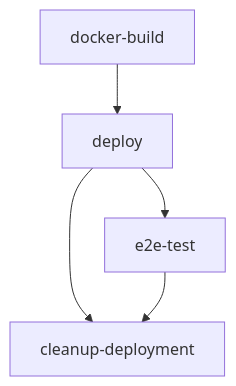
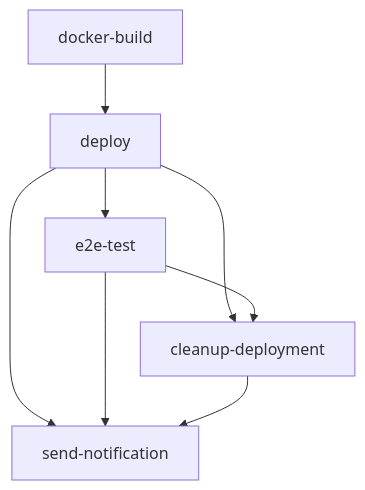
One commit to Vamshi-Microsoft/document-generation-solution-accelerator changed the diagram in docs/Deploy-Parameterized-Workflow-Guide.md. Above: the diagram before and after it, drawn with Mermaid. The commit also changed other lines of this file and 3 other files, not shown here.

````diff
--- a/docs/Deploy-Parameterized-Workflow-Guide.md
+++ b/docs/Deploy-Parameterized-Workflow-Guide.md
@@ -116,7 +118,10 @@
 ```mermaid
 graph TD
     A[docker-build] --> B[deploy]
     B --> C[e2e-test]
     B --> D[cleanup-deployment]
     C --> D
+    B --> E[send-notification]
+    C --> E[send-notification]
+    D --> E[send-notification]
 ```
````
